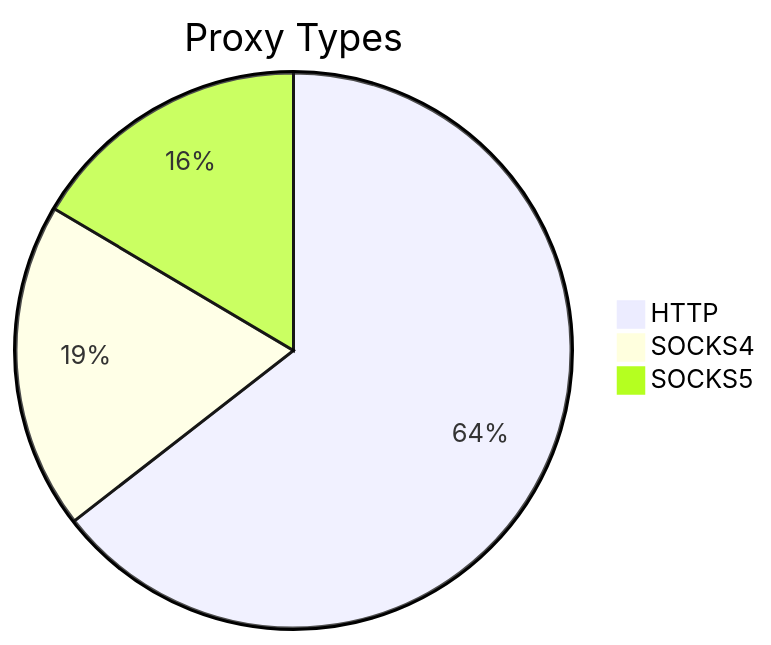
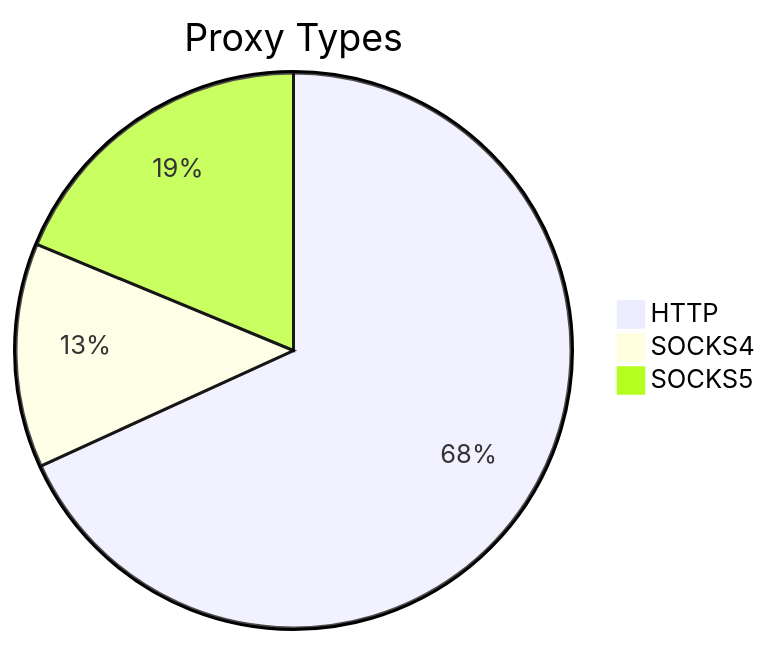
Before and after one commit to stormsia/proxy-list: the first of 2 diagrams in README.md, drawn with Mermaid. The commit also changed other lines of this file, not shown here.

````diff
--- a/README.md
+++ b/README.md
@@ -21,6 +21,6 @@
 ```mermaid
 pie title Proxy Types
-    "HTTP" : 403
-    "SOCKS4" : 119
-    "SOCKS5" : 103
+    "HTTP" : 407
+    "SOCKS4" : 78
+    "SOCKS5" : 112
 ```
````
